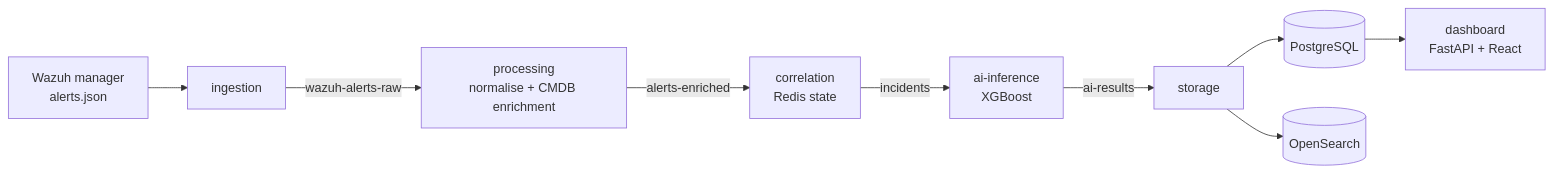
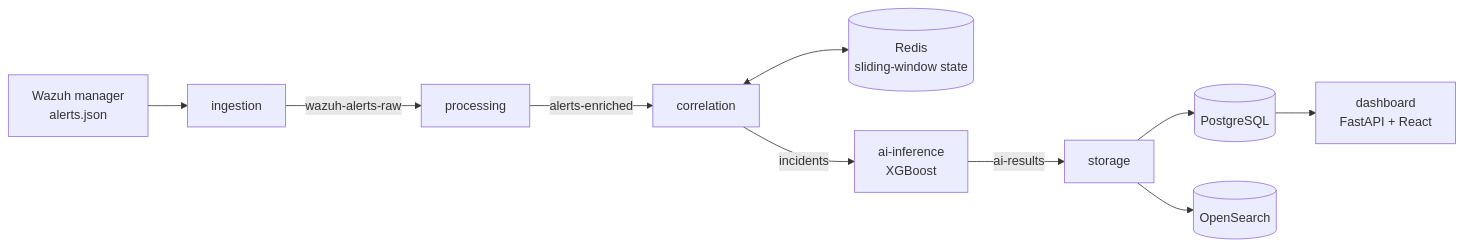
One commit to bahahamrouni/soc-pipeline changed the diagram in README.md. Above: the diagram before and after it, drawn with Mermaid. The commit also changed other lines of this file and 1 other file, not shown here.

````diff
--- a/README.md
+++ b/README.md
@@ -9,11 +11,12 @@
 ```mermaid
 flowchart LR
-  W[Wazuh manager<br/>alerts.json] --> I[ingestion]
-  I -- wazuh-alerts-raw --> P[processing<br/>normalise + CMDB enrichment]
-  P -- alerts-enriched --> C[correlation<br/>Redis state]
-  C -- incidents --> A[ai-inference<br/>XGBoost]
-  A -- ai-results --> S[storage]
-  S --> PG[(PostgreSQL)]
-  S --> OS[(OpenSearch)]
-  PG --> D[dashboard<br/>FastAPI + React]
+    W[Wazuh manager<br/>alerts.json] --> I[ingestion]
+    I -->|wazuh-alerts-raw| P[processing]
+    P -->|alerts-enriched| C[correlation]
+    C <--> R[(Redis<br/>sliding-window state)]
+    C -->|incidents| A[ai-inference<br/>XGBoost]
+    A -->|ai-results| S[storage]
+    S --> PG[(PostgreSQL)]
+    S --> OS[(OpenSearch)]
+    PG --> D[dashboard<br/>FastAPI + React]
 ```
````
